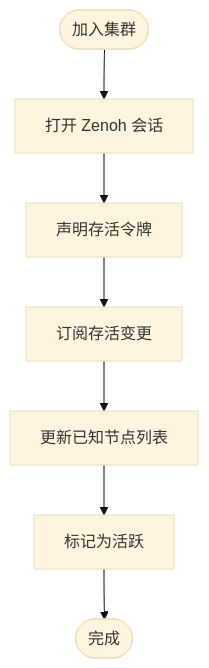
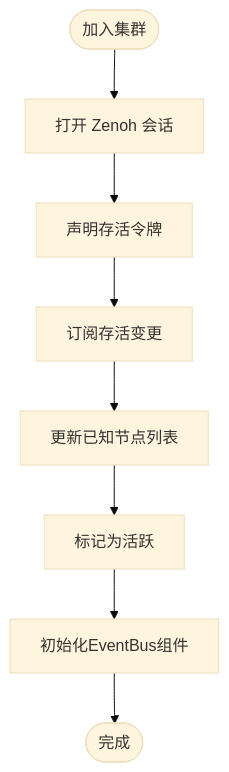
One commit to ossworker/vertx-starter changed the third of 4 diagrams in .qoder/repowiki/zh/content/集群管理模块/集群配置详解.md. Above: the diagram before and after it, drawn with Mermaid (base theme). The commit also changed other lines of this file and 7 other files, not shown here.

````diff
--- a/.qoder/repowiki/zh/content/集群管理模块/集群配置详解.md
+++ b/.qoder/repowiki/zh/content/集群管理模块/集群配置详解.md
@@ -183,9 +265,10 @@
 ```mermaid
 flowchart TD
 Start(["加入集群"]) --> Open["打开 Zenoh 会话"]
 Open --> Liveness["声明存活令牌"]
 Liveness --> Subscribe["订阅存活变更"]
 Subscribe --> Known["更新已知节点列表"]
 Known --> Active["标记为活跃"]
-Active --> End(["完成"])
+Active --> EventBus["初始化EventBus组件"]
+EventBus --> End(["完成"])
 ```
````
